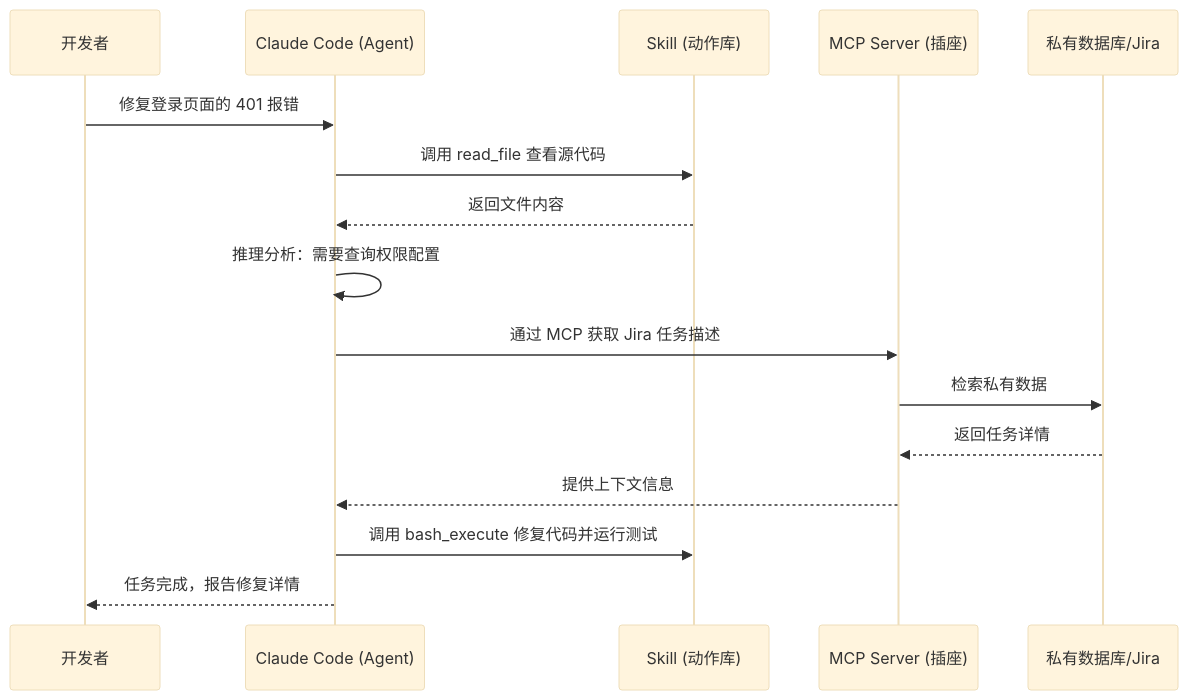
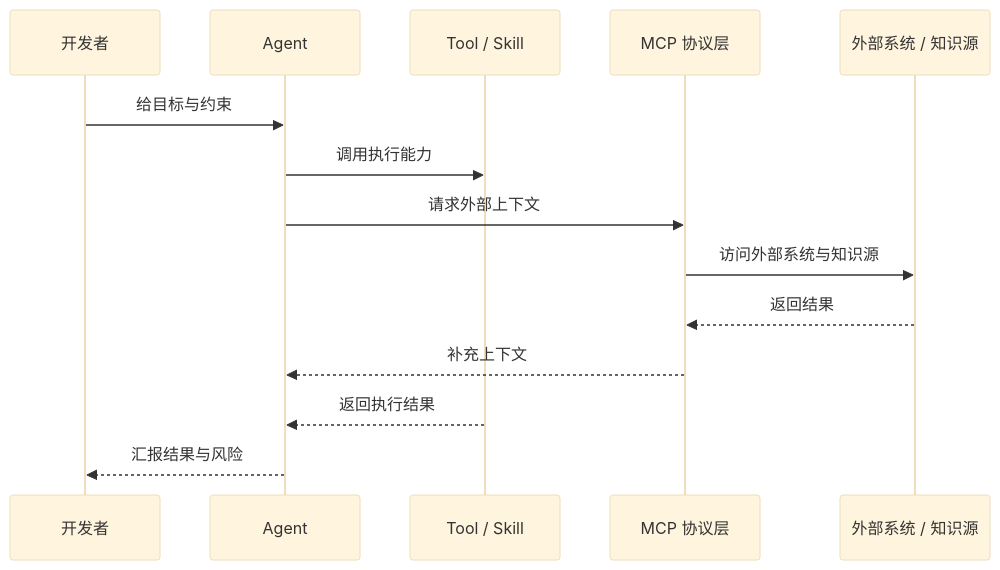
Before and after one commit to boycecong-hue/OCTOPUS-GAME-AI-SHARE: the diagram in sections/02-terms.md, drawn with Mermaid (base theme). The commit also changed other lines of this file and 6 other files, not shown here.

````diff
--- a/sections/02-terms.md
+++ b/sections/02-terms.md
@@ -9,19 +7,17 @@
 ```mermaid
 sequenceDiagram
     participant User as 开发者
-    participant Agent as Claude Code (Agent)
-    participant Skill as Skill (动作库)
-    participant MCP as MCP Server (插座)
-    participant Data as 私有数据库/Jira
+    participant Agent as Agent
+    participant Tool as Tool / Skill
+    participant MCP as MCP 协议层
+    participant Data as 外部系统 / 知识源
 
-    User->>Agent: 修复登录页面的 401 报错
-    Agent->>Skill: 调用 read_file 查看源代码
-    Skill-->>Agent: 返回文件内容
-    Agent->>Agent: 推理分析：需要查询权限配置
-    Agent->>MCP: 通过 MCP 获取 Jira 任务描述
-    MCP->>Data: 检索私有数据
-    Data-->>MCP: 返回任务详情
-    MCP-->>Agent: 提供上下文信息
-    Agent->>Skill: 调用 bash_execute 修复代码并运行测试
-    Agent-->>User: 任务完成，报告修复详情
+    User->>Agent: 给目标与约束
+    Agent->>Tool: 调用执行能力
+    Agent->>MCP: 请求外部上下文
+    MCP->>Data: 访问外部系统与知识源
+    Data-->>MCP: 返回结果
+    MCP-->>Agent: 补充上下文
+    Tool-->>Agent: 返回执行结果
+    Agent-->>User: 汇报结果与风险
 ```
````
